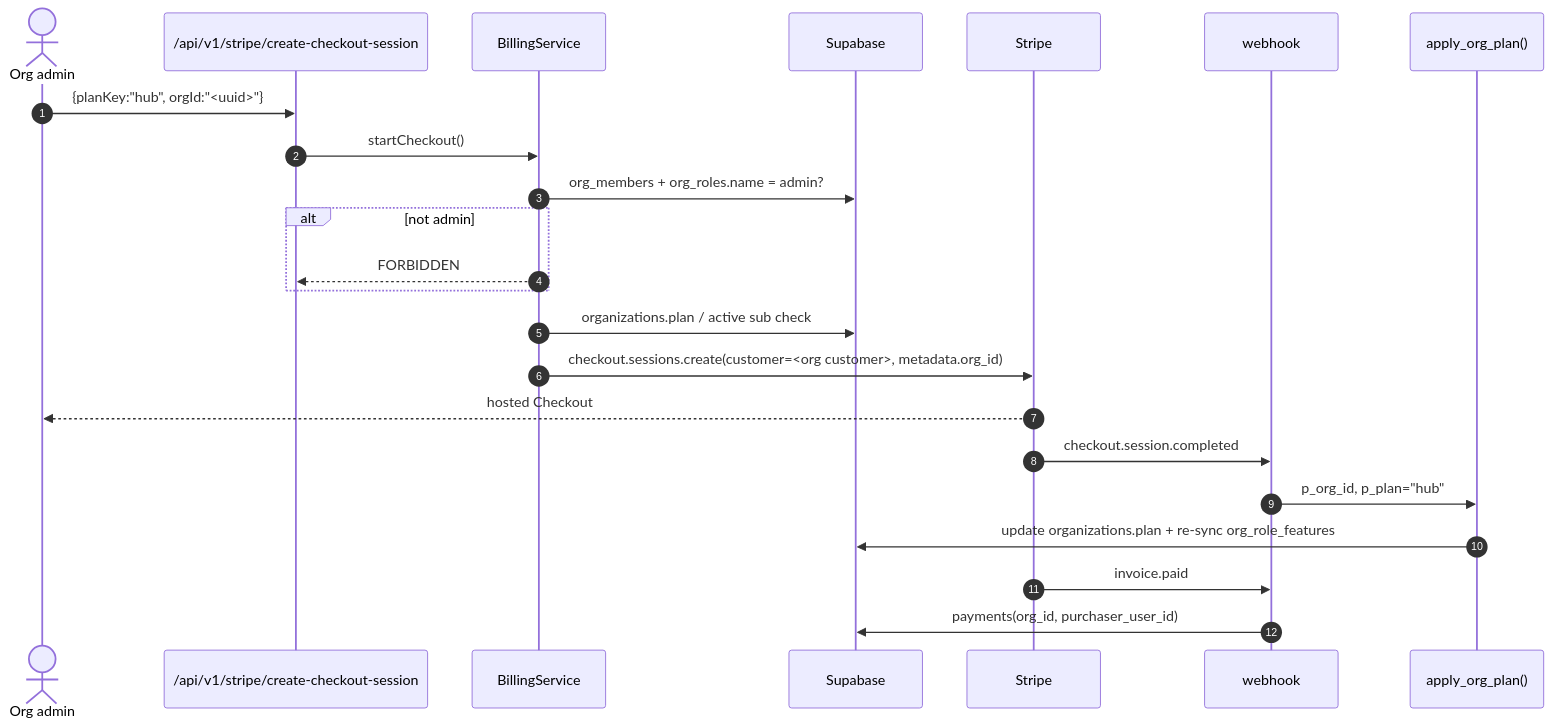
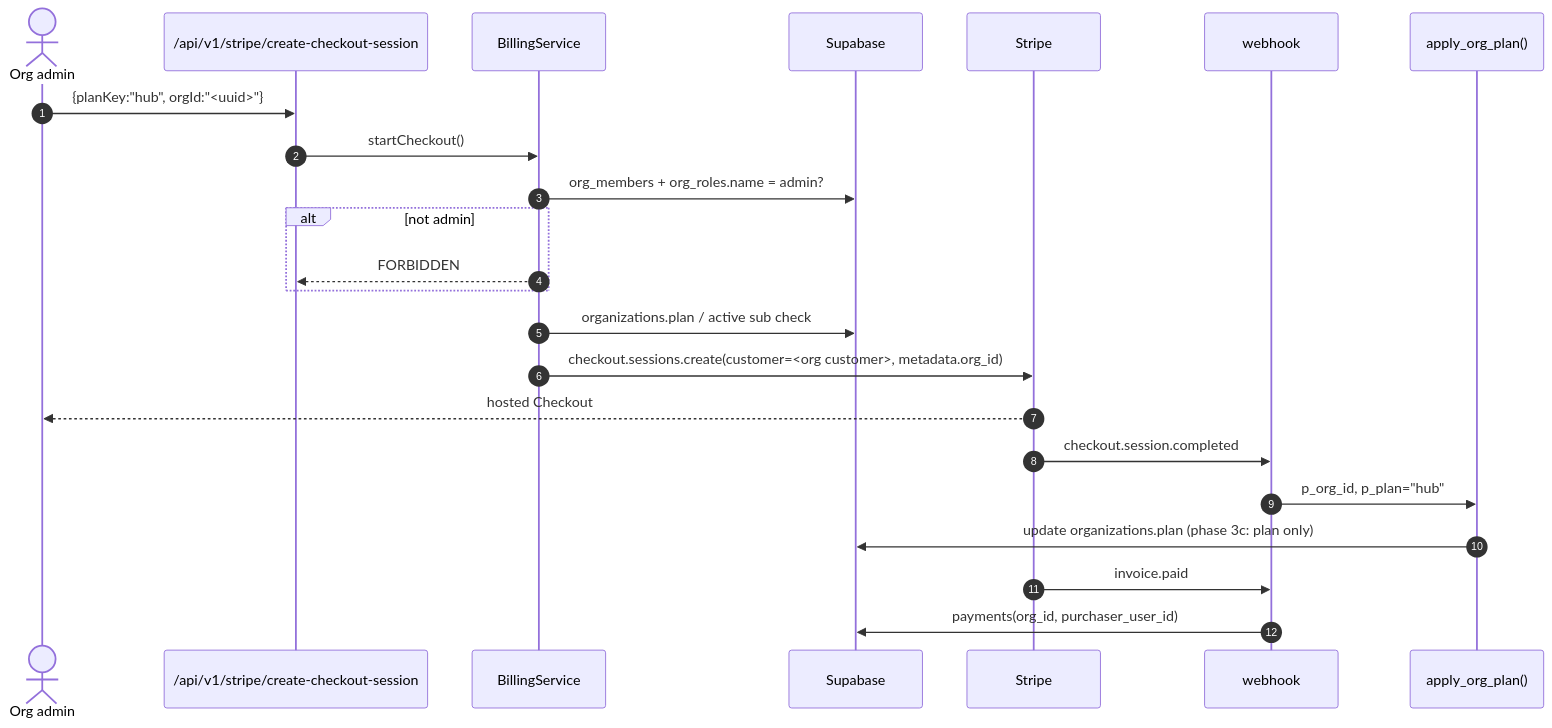
One commit to logyQT/studiq changed the third of 6 diagrams in docs/plans/662-stripe-integration.md. Above: the diagram before and after it, drawn with Mermaid. The commit also changed other lines of this file and 4 other files, not shown here.

First line of the commit message:
docs(authority): record D31 and R34 for the revoke-only feature layer (ADR-0015 phase 3c)

````diff
--- a/docs/plans/662-stripe-integration.md
+++ b/docs/plans/662-stripe-integration.md
@@ -169,26 +169,26 @@
 ```mermaid
 sequenceDiagram
     autonumber
     actor A as Org admin
     participant API as /api/v1/stripe/create-checkout-session
     participant B as BillingService
     participant DB as Supabase
     participant S as Stripe
     participant W as webhook
     participant F as apply_org_plan()
 
     A->>API: {planKey:"hub", orgId:"<uuid>"}
     API->>B: startCheckout()
     B->>DB: org_members + org_roles.name = admin?
     alt not admin
         B-->>API: FORBIDDEN
     end
     B->>DB: organizations.plan / active sub check
     B->>S: checkout.sessions.create(customer=<org customer>, metadata.org_id)
     S-->>A: hosted Checkout
     S->>W: checkout.session.completed
     W->>F: p_org_id, p_plan="hub"
-    F->>DB: update organizations.plan + re-sync org_role_features
+    F->>DB: update organizations.plan (phase 3c: plan only)
     S->>W: invoice.paid
     W->>DB: payments(org_id, purchaser_user_id)
 ```
````
